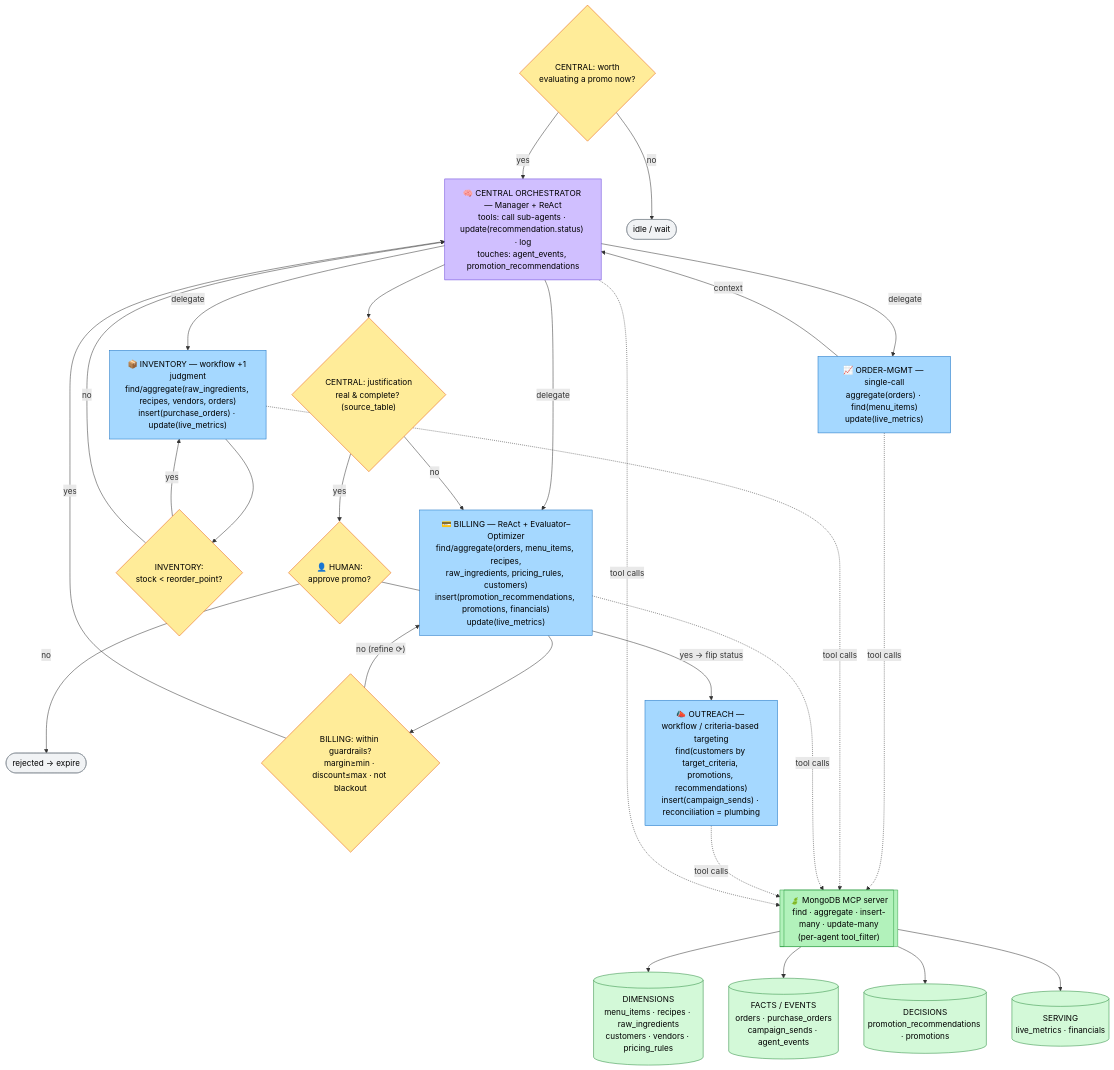
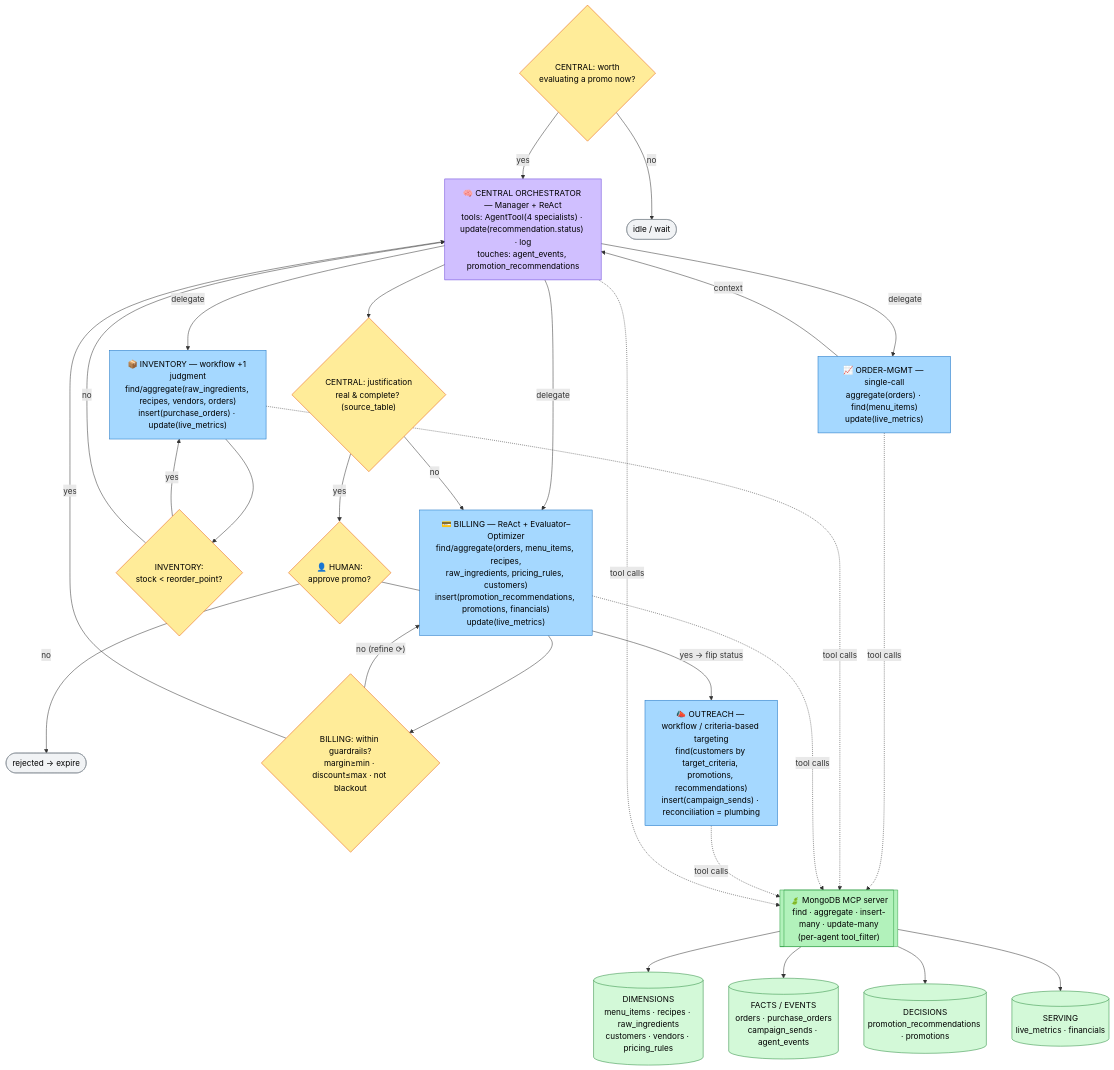
Before and after one commit to karthikuppuluri/restaurant_gm_agent: the first of 2 diagrams in README.md, drawn with Mermaid. The commit also changed other lines of this file, not shown here.

Commit message:
Sync README plumbing list + Central AgentTool wording with agent changes

````diff
--- a/README.md
+++ b/README.md
@@ -77,62 +78,62 @@
 ```mermaid
 flowchart TB
   classDef agent fill:#a5d8ff,stroke:#1971c2,color:#000;
   classDef central fill:#d0bfff,stroke:#6741d9,color:#000;
   classDef decision fill:#ffec99,stroke:#e8590c,color:#000;
   classDef data fill:#d3f9d8,stroke:#2b8a3e,color:#000;
   classDef mcp fill:#b2f2bb,stroke:#2f9e44,color:#000;
   classDef term fill:#f1f3f5,stroke:#868e96,color:#000;
 
   %% ---- orchestration + decisions ----
   TRIG{"CENTRAL: worth<br/>evaluating a promo now?"}:::decision
-  CENTRAL["🧠 CENTRAL ORCHESTRATOR — Manager + ReAct<br/>tools: call sub-agents · update(recommendation.status) · log<br/>touches: agent_events, promotion_recommendations"]:::central
+  CENTRAL["🧠 CENTRAL ORCHESTRATOR — Manager + ReAct<br/>tools: AgentTool(4 specialists) · update(recommendation.status) · log<br/>touches: agent_events, promotion_recommendations"]:::central
   QGATE{"CENTRAL: justification<br/>real &amp; complete? (source_table)"}:::decision
   APPROVE{"👤 HUMAN:<br/>approve promo?"}:::decision
   IDLE([idle / wait]):::term
   REJECT([rejected → expire]):::term
 
   %% ---- sub-agents: tool calls -> data sources ----
   ORD["📈 ORDER-MGMT — single-call<br/>aggregate(orders) · find(menu_items)<br/>update(live_metrics)"]:::agent
   INV["📦 INVENTORY — workflow +1 judgment<br/>find/aggregate(raw_ingredients, recipes, vendors, orders)<br/>insert(purchase_orders) · update(live_metrics)"]:::agent
   REORDER{"INVENTORY:<br/>stock &lt; reorder_point?"}:::decision
   BIL["💳 BILLING — ReAct + Evaluator–Optimizer<br/>find/aggregate(orders, menu_items, recipes,<br/>raw_ingredients, pricing_rules, customers)<br/>insert(promotion_recommendations, promotions, financials)<br/>update(live_metrics)"]:::agent
   FEAS{"BILLING: within guardrails?<br/>margin≥min · discount≤max · not blackout"}:::decision
   OUT["📣 OUTREACH — workflow / criteria-based targeting<br/>find(customers by target_criteria, promotions, recommendations)<br/>insert(campaign_sends) · reconciliation = plumbing"]:::agent
 
   %% ---- data access layer ----
   MCP[["🍃 MongoDB MCP server<br/>find · aggregate · insert-many · update-many<br/>(per-agent tool_filter)"]]:::mcp
   DIM[("DIMENSIONS<br/>menu_items · recipes · raw_ingredients<br/>customers · vendors · pricing_rules")]:::data
   FACT[("FACTS / EVENTS<br/>orders · purchase_orders<br/>campaign_sends · agent_events")]:::data
   DEC[("DECISIONS<br/>promotion_recommendations · promotions")]:::data
   SERV[("SERVING<br/>live_metrics · financials")]:::data
 
   %% ---- control flow + decisions ----
   TRIG -- no --> IDLE
   TRIG -- yes --> CENTRAL
   CENTRAL -- delegate --> ORD
   CENTRAL -- delegate --> INV
   CENTRAL -- delegate --> BIL
   ORD -- context --> CENTRAL
   INV --> REORDER
   REORDER -- yes --> INV
   REORDER -- no --> CENTRAL
   BIL --> FEAS
   FEAS -- "no (refine ⟳)" --> BIL
   FEAS -- yes --> CENTRAL
   CENTRAL --> QGATE
   QGATE -- no --> BIL
   QGATE -- yes --> APPROVE
   APPROVE -- no --> REJECT
   APPROVE -- "yes → flip status" --> OUT
 
   %% ---- tool calls reach data sources via MCP ----
   ORD -. tool calls .-> MCP
   INV -. tool calls .-> MCP
   BIL -. tool calls .-> MCP
   OUT -. tool calls .-> MCP
   CENTRAL -. tool calls .-> MCP
   MCP --> DIM
   MCP --> FACT
   MCP --> DEC
   MCP --> SERV
 ```
````
